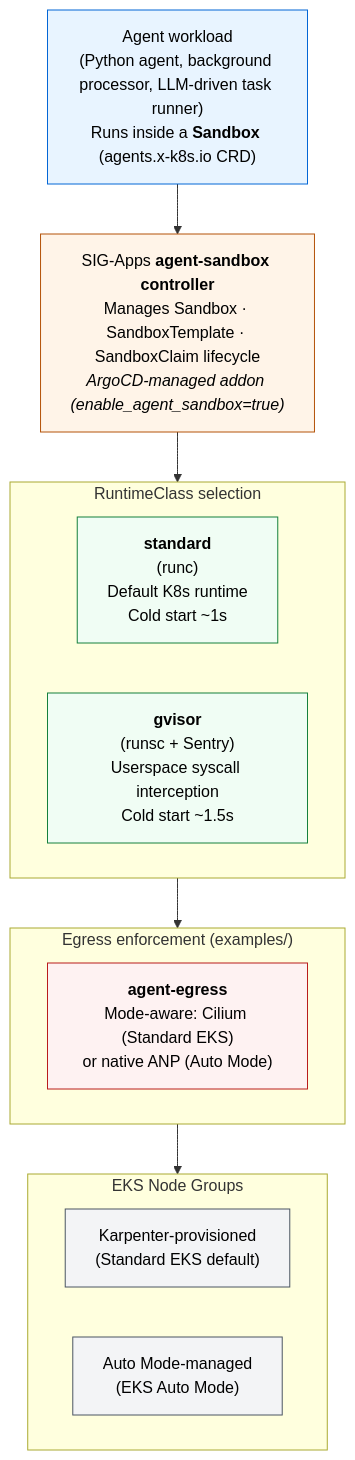
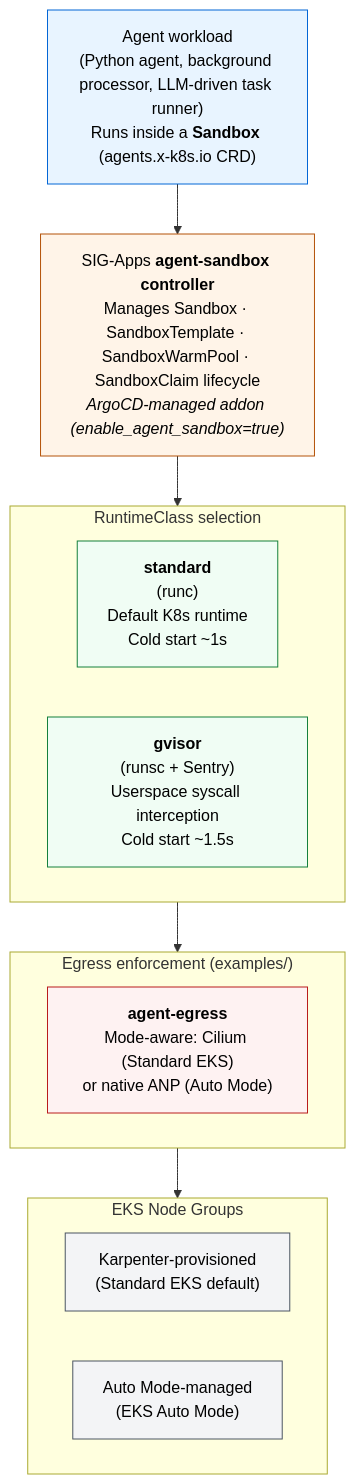
Before and after one commit to awslabs/ai-on-eks: the diagram in website/docs/infra/agents/agent-sandbox.md, drawn with Mermaid. The commit also changed other lines of this file and 14 other files, not shown here.

First line of the commit message:
feat(agent-sandbox): migrate to agent-sandbox v1.0 (v1beta1 API)

````diff
--- a/website/docs/infra/agents/agent-sandbox.md
+++ b/website/docs/infra/agents/agent-sandbox.md
@@ -27,34 +27,34 @@
 ```mermaid
 flowchart TB
     classDef workload fill:#e8f4ff,stroke:#0366d6,color:#000
     classDef controller fill:#fff4e8,stroke:#b45309,color:#000
     classDef runtime fill:#f0fdf4,stroke:#15803d,color:#000
     classDef egress fill:#fef2f2,stroke:#b91c1c,color:#000
     classDef node fill:#f3f4f6,stroke:#4b5563,color:#000
 
     A["Agent workload<br/>(Python agent, background processor, LLM-driven task runner)<br/>Runs inside a <b>Sandbox</b> (agents.x-k8s.io CRD)"]:::workload
 
-    B["SIG-Apps <b>agent-sandbox controller</b><br/>Manages Sandbox · SandboxTemplate · SandboxClaim lifecycle<br/><i>ArgoCD-managed addon (enable_agent_sandbox=true)</i>"]:::controller
+    B["SIG-Apps <b>agent-sandbox controller</b><br/>Manages Sandbox · SandboxTemplate · SandboxWarmPool · SandboxClaim lifecycle<br/><i>ArgoCD-managed addon (enable_agent_sandbox=true)</i>"]:::controller
 
     subgraph C["RuntimeClass selection"]
         direction LR
         C1["<b>standard</b><br/>(runc)<br/>Default K8s runtime<br/>Cold start ~1s"]:::runtime
         C2["<b>gvisor</b><br/>(runsc + Sentry)<br/>Userspace syscall interception<br/>Cold start ~1.5s"]:::runtime
     end
 
     subgraph D["Egress enforcement (examples/)"]
         direction LR
         D1["<b>agent-egress</b><br/>Mode-aware: Cilium (Standard EKS)<br/>or native ANP (Auto Mode)"]:::egress
     end
 
     subgraph E["EKS Node Groups"]
         direction LR
         E1["Karpenter-provisioned<br/>(Standard EKS default)"]:::node
         E2["Auto Mode-managed<br/>(EKS Auto Mode)"]:::node
     end
 
     A --> B
     B --> C
     C --> D
     D --> E
 ```
````
